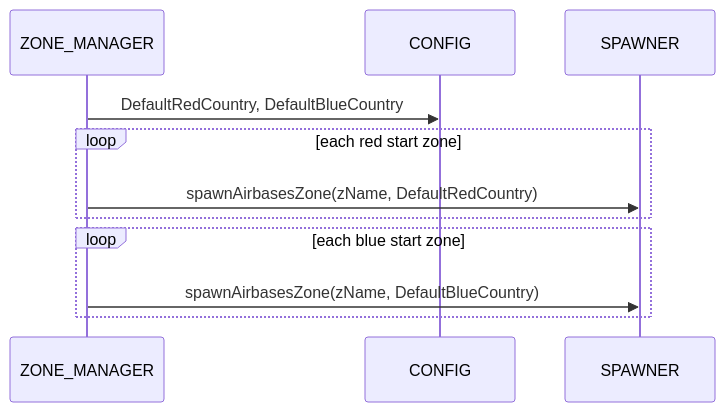
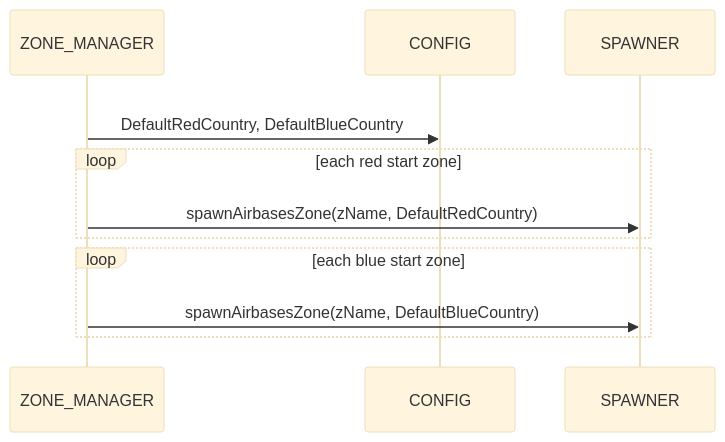
Before and after one commit to Gh0st352/AETHR: the third of 3 diagrams in docs/enums/countries_and_skill.md, drawn with Mermaid. The commit also changed other lines of this file and 7 other files, not shown here.

First line of the commit message:
docs(enums): add structured mermaid styling and subgraphs

````diff
--- a/docs/enums/countries_and_skill.md
+++ b/docs/enums/countries_and_skill.md
@@ -61,13 +107,17 @@
 ```mermaid
+%%{init: {"theme":"base"}}%%
 sequenceDiagram
   participant ZM as ZONE_MANAGER
   participant CFG as CONFIG
   participant SP as SPAWNER
-  ZM->>CFG: DefaultRedCountry, DefaultBlueCountry
-  loop each red start zone
-    ZM->>SP: spawnAirbasesZone(zName, DefaultRedCountry)
-  end
-  loop each blue start zone
-    ZM->>SP: spawnAirbasesZone(zName, DefaultBlueCountry)
+
+  rect rgba(255, 255, 255, 0.75)
+    ZM->>CFG: DefaultRedCountry, DefaultBlueCountry
+    loop each red start zone
+      ZM->>SP: spawnAirbasesZone(zName, DefaultRedCountry)
+    end
+    loop each blue start zone
+      ZM->>SP: spawnAirbasesZone(zName, DefaultBlueCountry)
+    end
   end
 ```
````
